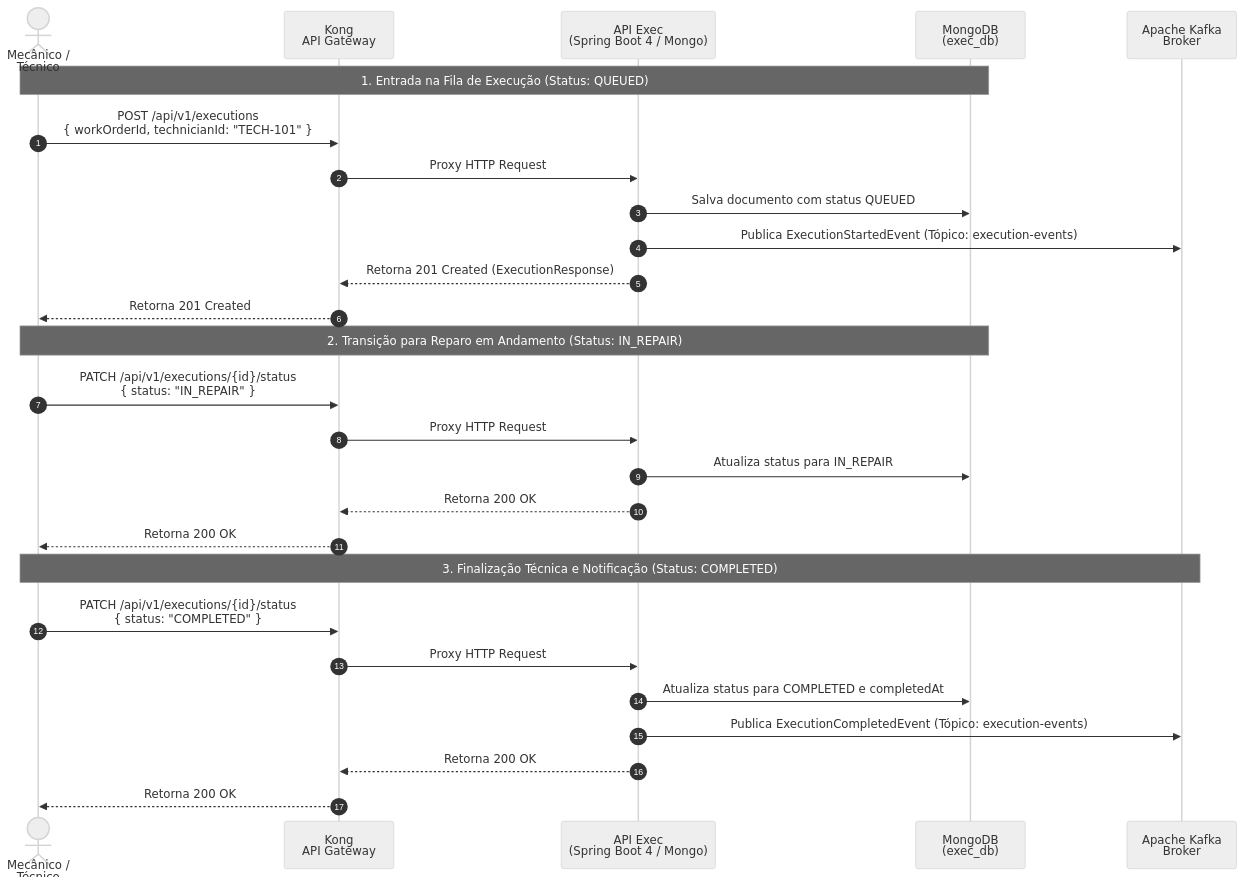
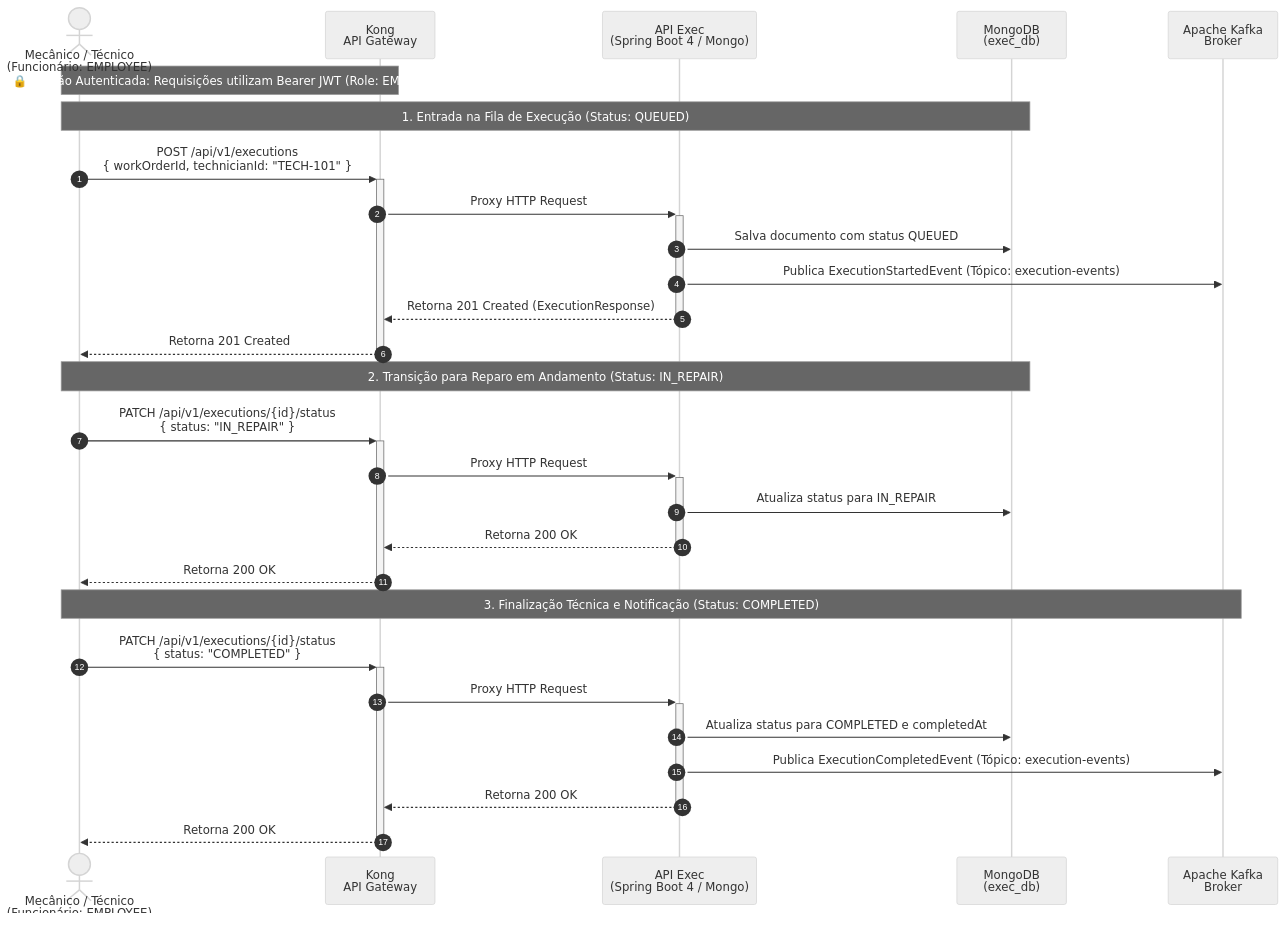
One commit to rodsordi/15soat-phase4-e2e changed the diagram in src/test/resources/features/exec/execution_queue_and_repair.md. Above: the diagram before and after it, drawn with Mermaid (neutral theme). The commit also changed 12 other files, not shown here.

Commit message:
test(e2e): update work order step definitions and feature docs for restful query parameters

````diff
--- a/src/test/resources/features/exec/execution_queue_and_repair.md
+++ b/src/test/resources/features/exec/execution_queue_and_repair.md
@@ -10,35 +10,37 @@
 ```mermaid
 sequenceDiagram
     autonumber
-    actor Mecanico as Mecânico /<br/>Técnico
+    actor Mecanico as Mecânico / Técnico<br/>(Funcionário: EMPLOYEE)
     participant Kong as Kong<br/>API Gateway
     participant Exec as API Exec<br/>(Spring Boot 4 / Mongo)
     participant Mongo as MongoDB<br/>(exec_db)
     participant Kafka as Apache Kafka<br/>Broker
 
+    Note over Mecanico,Kong: 🔒 Sessão Autenticada: Requisições utilizam Bearer JWT (Role: EMPLOYEE)
+
     %% Entrada na Fila
     Note over Mecanico,Mongo: 1. Entrada na Fila de Execução (Status: QUEUED)
-    Mecanico->>Kong: POST /api/v1/executions<br/>{ workOrderId, technicianId: "TECH-101" }
-    Kong->>Exec: Proxy HTTP Request
+    Mecanico->>+Kong: POST /api/v1/executions<br/>{ workOrderId, technicianId: "TECH-101" }
+    Kong->>+Exec: Proxy HTTP Request
     Exec->>Mongo: Salva documento com status QUEUED
     Exec->>Kafka: Publica ExecutionStartedEvent (Tópico: execution-events)
-    Exec-->>Kong: Retorna 201 Created (ExecutionResponse)
-    Kong-->>Mecanico: Retorna 201 Created
+    Exec-->>-Kong: Retorna 201 Created (ExecutionResponse)
+    Kong-->>-Mecanico: Retorna 201 Created
 
     %% Início dos Reparos
     Note over Mecanico,Mongo: 2. Transição para Reparo em Andamento (Status: IN_REPAIR)
-    Mecanico->>Kong: PATCH /api/v1/executions/{id}/status<br/>{ status: "IN_REPAIR" }
-    Kong->>Exec: Proxy HTTP Request
+    Mecanico->>+Kong: PATCH /api/v1/executions/{id}/status<br/>{ status: "IN_REPAIR" }
+    Kong->>+Exec: Proxy HTTP Request
     Exec->>Mongo: Atualiza status para IN_REPAIR
-    Exec-->>Kong: Retorna 200 OK
-    Kong-->>Mecanico: Retorna 200 OK
+    Exec-->>-Kong: Retorna 200 OK
+    Kong-->>-Mecanico: Retorna 200 OK
 
     %% Conclusão dos Reparos
     Note over Mecanico,Kafka: 3. Finalização Técnica e Notificação (Status: COMPLETED)
-    Mecanico->>Kong: PATCH /api/v1/executions/{id}/status<br/>{ status: "COMPLETED" }
-    Kong->>Exec: Proxy HTTP Request
+    Mecanico->>+Kong: PATCH /api/v1/executions/{id}/status<br/>{ status: "COMPLETED" }
+    Kong->>+Exec: Proxy HTTP Request
     Exec->>Mongo: Atualiza status para COMPLETED e completedAt
     Exec->>Kafka: Publica ExecutionCompletedEvent (Tópico: execution-events)
-    Exec-->>Kong: Retorna 200 OK
-    Kong-->>Mecanico: Retorna 200 OK
+    Exec-->>-Kong: Retorna 200 OK
+    Kong-->>-Mecanico: Retorna 200 OK
 ```
````
